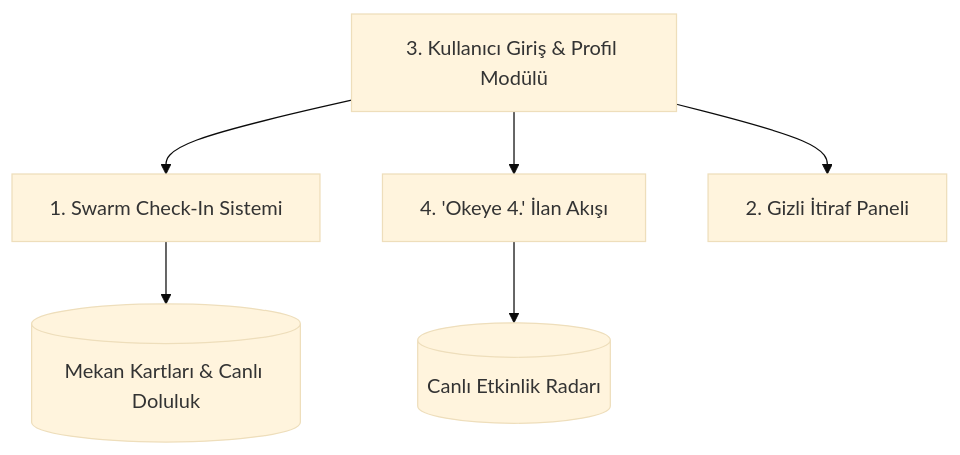
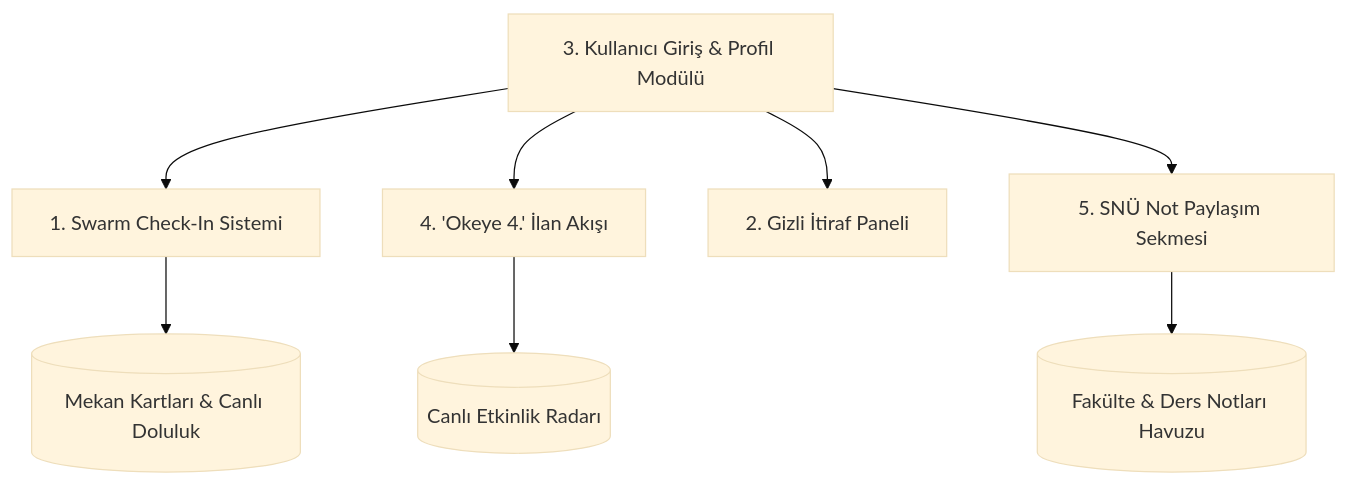
Before and after one commit to aykutyesil/sinopcepte: the diagram in ROADMAP.md, drawn with Mermaid (base theme). The commit also changed other lines of this file and 1 other file, not shown here.

Commit message:
docs: Yol haritasına Sinop Üniversitesi ders notu paylaşım modülü eklendi

````diff
--- a/ROADMAP.md
+++ b/ROADMAP.md
@@ -57,8 +75,10 @@
 ```mermaid
 flowchart TD
     Auth[3. Kullanıcı Giriş & Profil Modülü] --> CheckIn[1. Swarm Check-In Sistemi]
     Auth --> Feed[4. 'Okeye 4.' İlan Akışı]
     Auth --> Itiraf[2. Gizli İtiraf Paneli]
+    Auth --> Kampus[5. SNÜ Not Paylaşım Sekmesi]
     CheckIn --> Mekanlar[(Mekan Kartları & Canlı Doluluk)]
     Feed --> SosyalRadar[(Canlı Etkinlik Radarı)]
+    Kampus --> NotArsivi[(Fakülte & Ders Notları Havuzu)]
 ```
````
